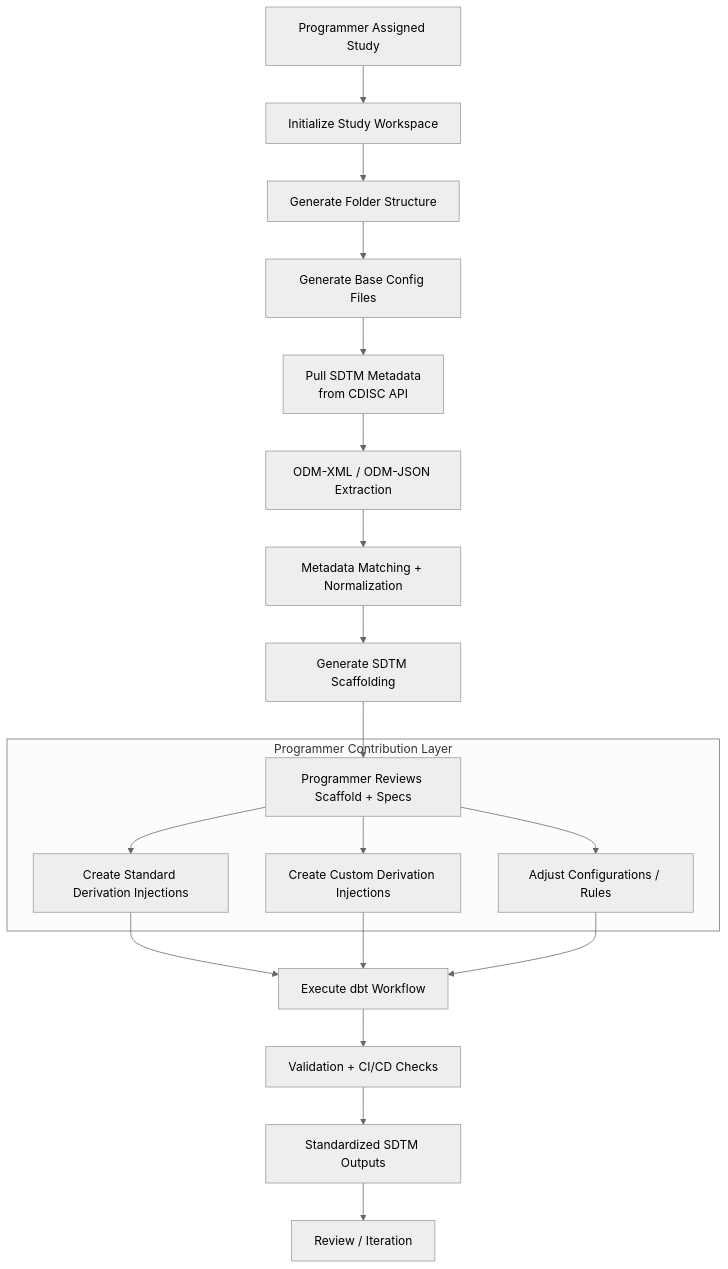
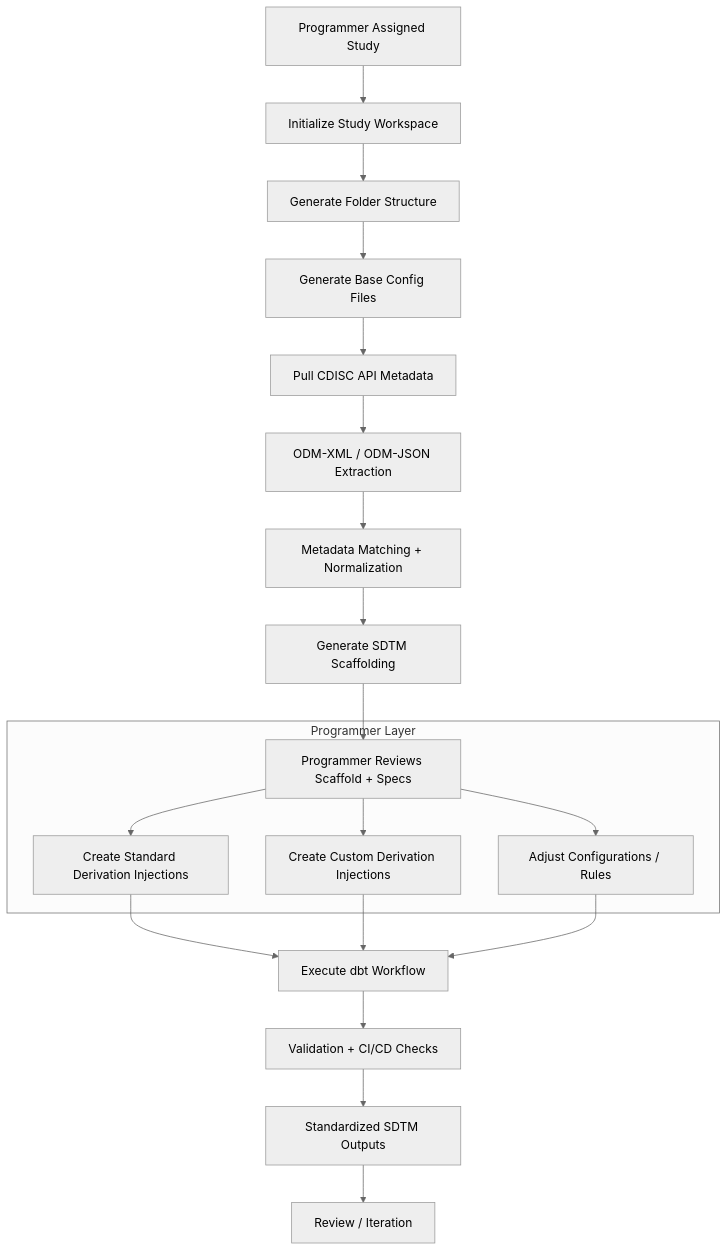
The diagram in _posts/2026-05-16-clinical-data-modernization-is-an-architecture-problem-before-it-is-an-ai-problem.md (mlogan914/mlogan914.github.io), drawn with Mermaid (neutral theme) before and after one commit.

Commit message:
Updated diagram labels

````diff
--- a/_posts/2026-05-16-clinical-data-modernization-is-an-architecture-problem-before-it-is-an-ai-problem.md
+++ b/_posts/2026-05-16-clinical-data-modernization-is-an-architecture-problem-before-it-is-an-ai-problem.md
@@ -56,34 +56,34 @@
 ```mermaid
 flowchart TD
 
     A[Programmer Assigned Study] --> B[Initialize Study Workspace]
 
     B --> C[Generate Folder Structure]
     C --> D[Generate Base Config Files]
 
-    D --> E[Pull SDTM Metadata<br/>from CDISC API]
+    D --> E[Pull CDISC API Metadata]
 
     E --> F[ODM-XML / ODM-JSON Extraction]
 
     F --> G[Metadata Matching + Normalization]
 
     G --> H[Generate SDTM Scaffolding]
 
     H --> I[Programmer Reviews Scaffold + Specs]
 
-    subgraph Programmer_Contribution["Programmer Contribution Layer"]
+    subgraph Programmer["Programmer Layer"]
         I --> J[Create Standard Derivation Injections]
         I --> K[Create Custom Derivation Injections]
         I --> L[Adjust Configurations / Rules]
     end
 
     J --> M[Execute dbt Workflow]
     K --> M
     L --> M
 
     M --> N[Validation + CI/CD Checks]
 
     N --> O[Standardized SDTM Outputs]
 
     O --> P[Review / Iteration]
 ```
````
